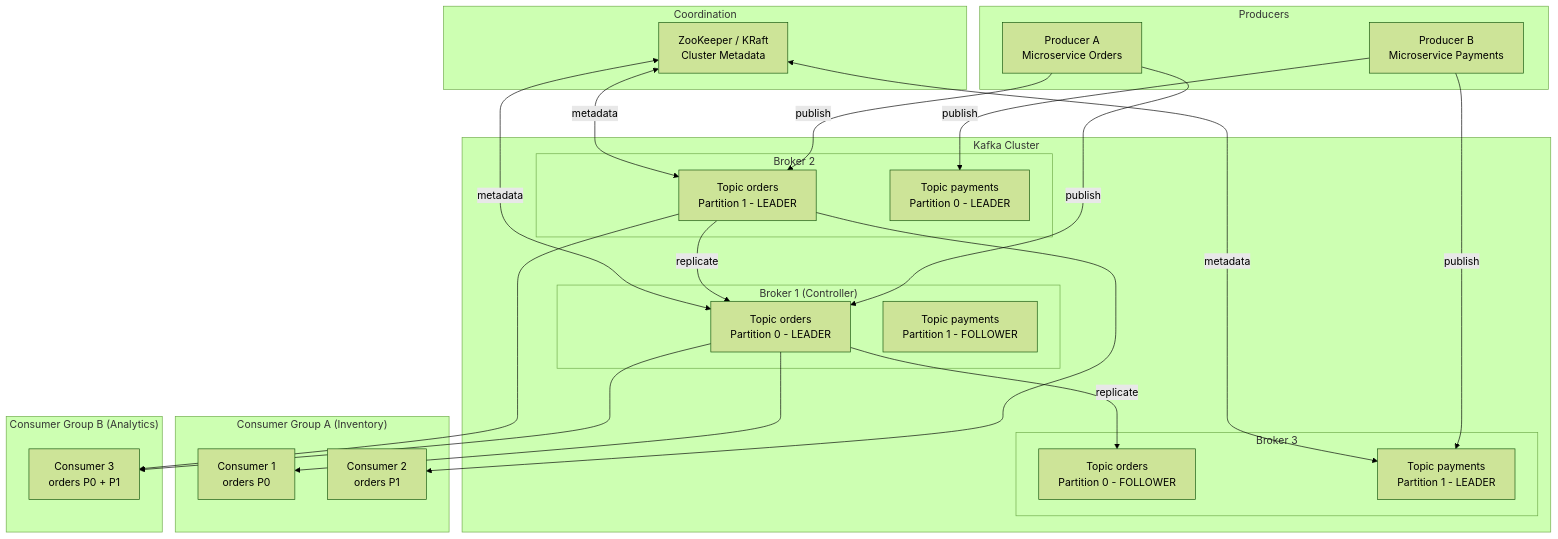
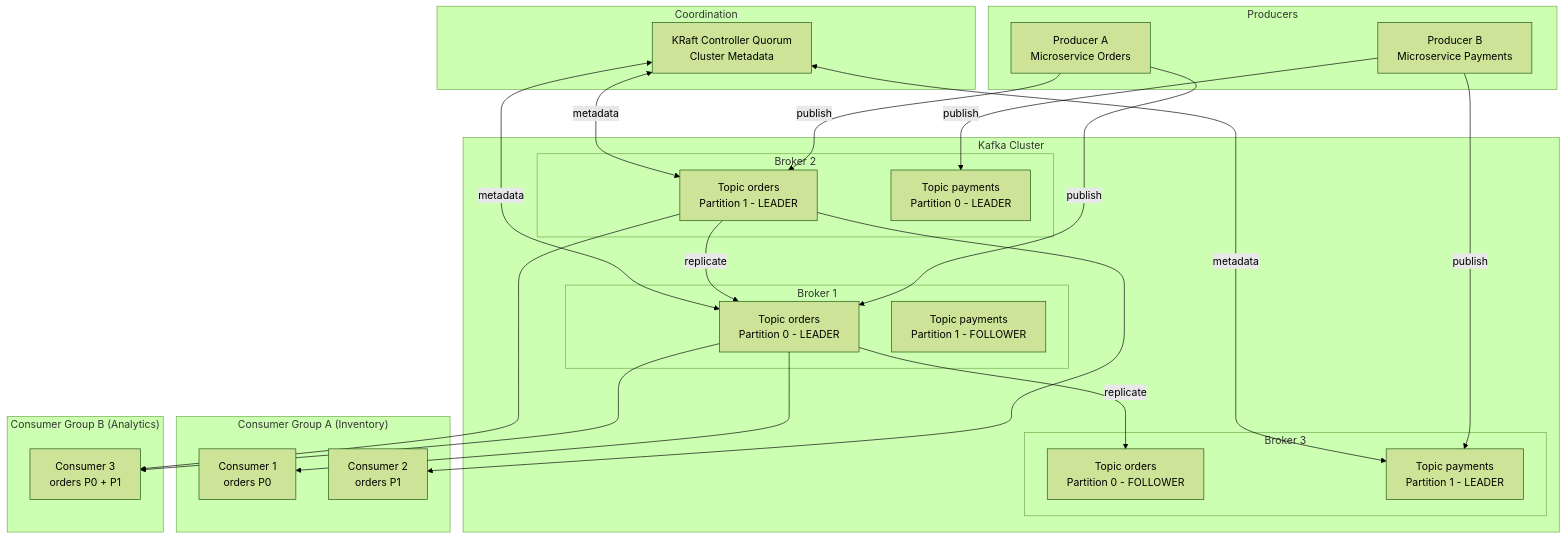
One commit to Tempohh/devops-kb changed the diagram in docs/messaging/kafka/fondamenti/architettura.md. Above: the diagram before and after it, drawn with Mermaid (forest theme). The commit also changed other lines of this file and 1 other file, not shown here.

````diff
--- a/docs/messaging/kafka/fondamenti/architettura.md
+++ b/docs/messaging/kafka/fondamenti/architettura.md
@@ -52,52 +53,52 @@
 ```mermaid
 graph TB
     subgraph Producers
         P1[Producer A<br/>Microservice Orders]
         P2[Producer B<br/>Microservice Payments]
     end
 
     subgraph "Kafka Cluster"
-        subgraph "Broker 1 (Controller)"
+        subgraph "Broker 1"
             B1T1P0[Topic orders<br/>Partition 0 - LEADER]
             B1T2P1[Topic payments<br/>Partition 1 - FOLLOWER]
         end
         subgraph "Broker 2"
             B2T1P1[Topic orders<br/>Partition 1 - LEADER]
             B2T2P0[Topic payments<br/>Partition 0 - LEADER]
         end
         subgraph "Broker 3"
             B3T1P0[Topic orders<br/>Partition 0 - FOLLOWER]
             B3T2P1[Topic payments<br/>Partition 1 - LEADER]
         end
     end
 
     subgraph "Consumer Group A (Inventory)"
         C1[Consumer 1<br/>orders P0]
         C2[Consumer 2<br/>orders P1]
     end
 
     subgraph "Consumer Group B (Analytics)"
         C3[Consumer 3<br/>orders P0 + P1]
     end
 
     subgraph Coordination
-        ZK[ZooKeeper / KRaft<br/>Cluster Metadata]
+        ZK[KRaft Controller Quorum<br/>Cluster Metadata]
     end
 
     P1 -->|publish| B1T1P0
     P1 -->|publish| B2T1P1
     P2 -->|publish| B2T2P0
     P2 -->|publish| B3T2P1
 
     B1T1P0 -->|replicate| B3T1P0
     B2T1P1 -->|replicate| B1T1P0
 
     B1T1P0 --> C1
     B2T1P1 --> C2
     B1T1P0 --> C3
     B2T1P1 --> C3
 
     ZK <-->|metadata| B1T1P0
     ZK <-->|metadata| B2T1P1
     ZK <-->|metadata| B3T2P1
 ```
````
